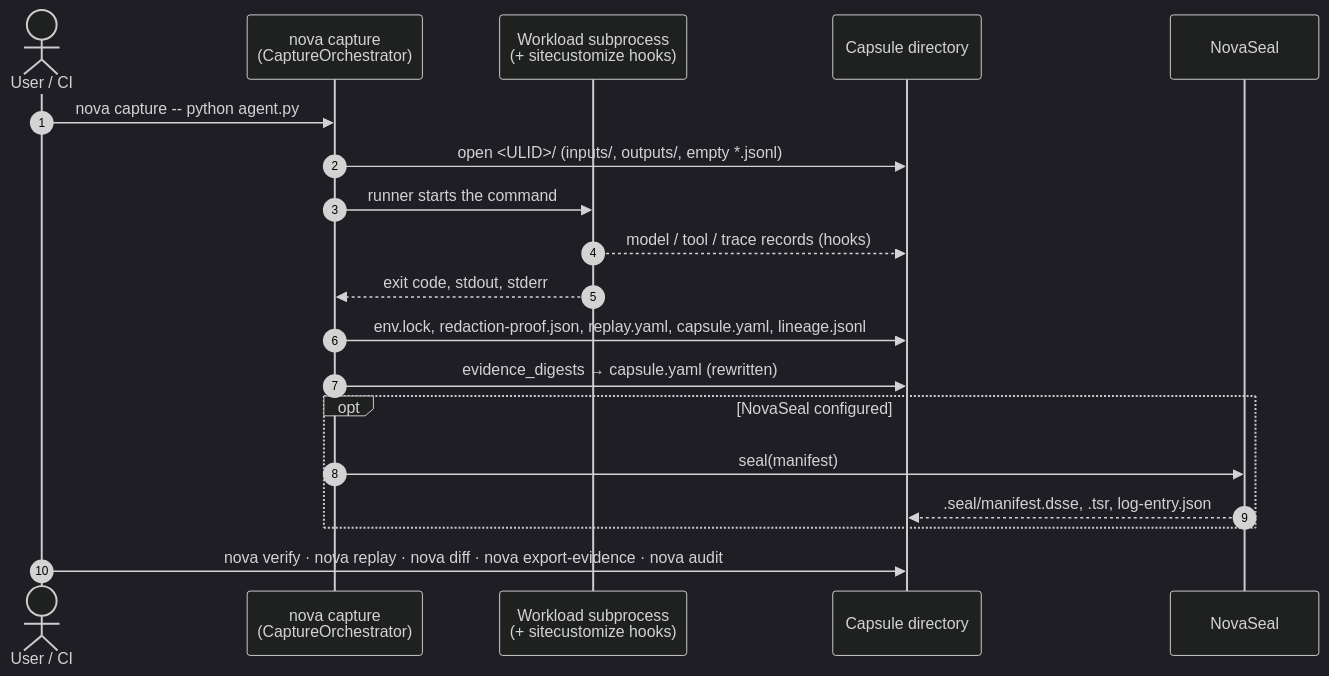
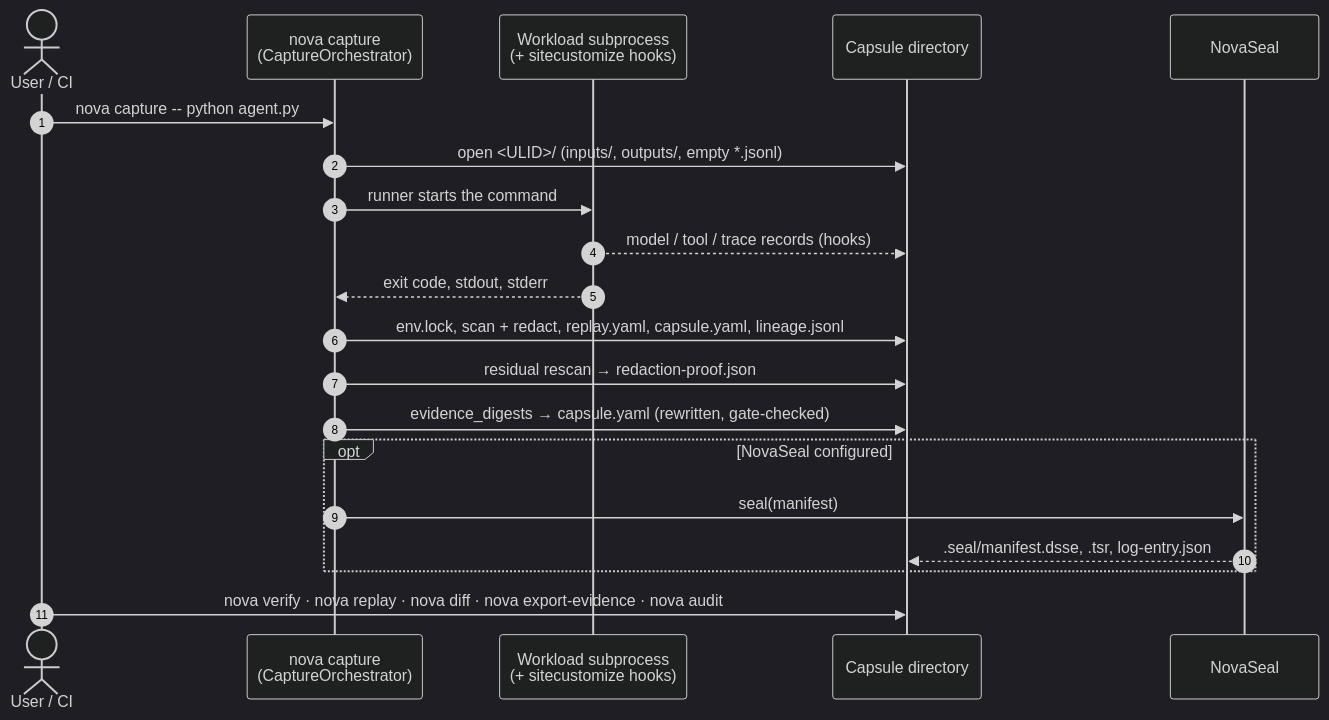
The diagram in docs/architecture/pipeline.md (MSKazemi/novafabric), drawn with Mermaid (dark theme) before and after one commit. The commit also changed other lines of this file and 16 other files, not shown here.

Commit message:
fix(capture): AWS and GitHub key rules (pack 0.7.0), a fail-closed residual rescan before digest and seal, and ADR-0135 maskers over every scanned file (#10)

````diff
--- a/docs/architecture/pipeline.md
+++ b/docs/architecture/pipeline.md
@@ -12,21 +12,22 @@
 ```mermaid
 sequenceDiagram
     autonumber
     actor U as User / CI
     participant C as nova capture<br/>(CaptureOrchestrator)
     participant W as Workload subprocess<br/>(+ sitecustomize hooks)
     participant D as Capsule directory
     participant S as NovaSeal
     U->>C: nova capture -- python agent.py
     C->>D: open <ULID>/ (inputs/, outputs/, empty *.jsonl)
     C->>W: runner starts the command
     W-->>D: model / tool / trace records (hooks)
     W-->>C: exit code, stdout, stderr
-    C->>D: env.lock, redaction-proof.json, replay.yaml, capsule.yaml, lineage.jsonl
-    C->>D: evidence_digests → capsule.yaml (rewritten)
+    C->>D: env.lock, scan + redact, replay.yaml, capsule.yaml, lineage.jsonl
+    C->>D: residual rescan → redaction-proof.json
+    C->>D: evidence_digests → capsule.yaml (rewritten, gate-checked)
     opt NovaSeal configured
         C->>S: seal(manifest)
         S-->>D: .seal/manifest.dsse, .tsr, log-entry.json
     end
     U->>D: nova verify · nova replay · nova diff · nova export-evidence · nova audit
 ```
````
